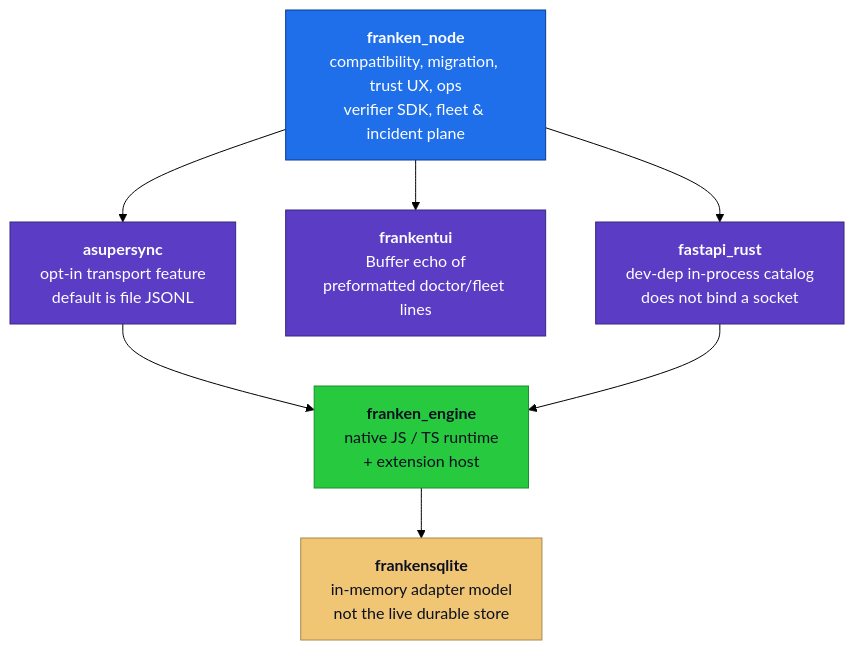
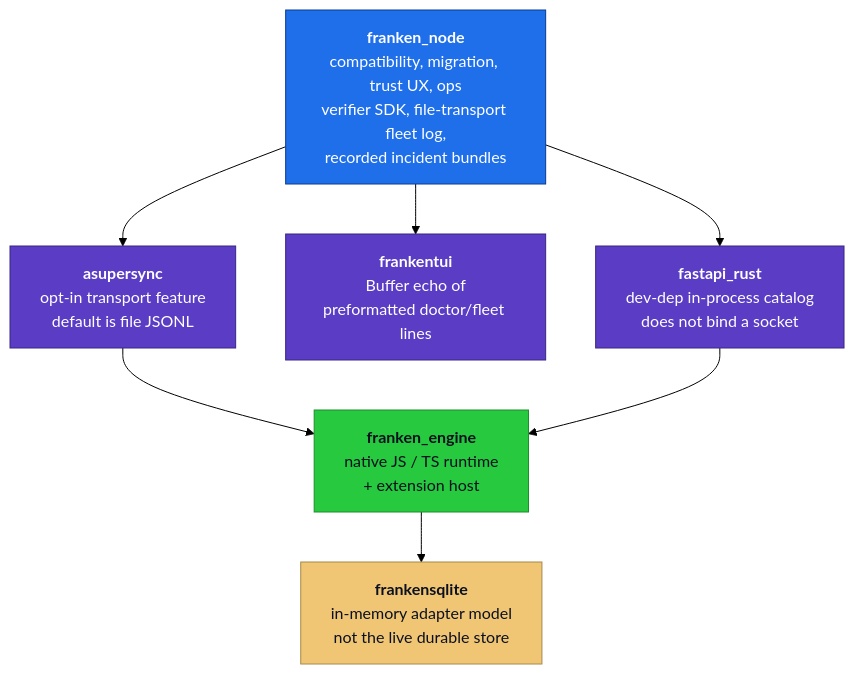
One commit to Dicklesworthstone/franken_node changed the first of 4 diagrams in README.md. Above: the diagram before and after it, drawn with Mermaid (forest theme). The commit also changed other lines of this file and 8 other files, not shown here.

````diff
--- a/README.md
+++ b/README.md
@@ -1031,25 +1039,25 @@
 ```mermaid
 flowchart TB
-    fn["<b>franken_node</b><br/>compatibility, migration, trust UX, ops<br/>verifier SDK, fleet &amp; incident plane"]
+    fn["<b>franken_node</b><br/>compatibility, migration, trust UX, ops<br/>verifier SDK, file-transport fleet log,<br/>recorded incident bundles"]
     asu["<b>asupersync</b><br/>opt-in transport feature<br/>default is file JSONL"]
     ftui["<b>frankentui</b><br/>Buffer echo of<br/>preformatted doctor/fleet lines"]
     fapi["<b>fastapi_rust</b><br/>dev-dep in-process catalog<br/>does not bind a socket"]
     feng["<b>franken_engine</b><br/>native JS / TS runtime<br/>+ extension host"]
     fsql["<b>frankensqlite</b><br/>in-memory adapter model<br/>not the live durable store"]
 
     fn --> asu
     fn --> ftui
     fn --> fapi
     asu --> feng
     fapi --> feng
     feng --> fsql
 
     classDef product fill:#1f6feb,color:#fff,stroke:#0a3b91,stroke-width:1px;
     classDef plane fill:#5b3cc4,color:#fff,stroke:#3a2780,stroke-width:1px;
     classDef substrate fill:#27c93f,color:#0b1020,stroke:#1d8e2c,stroke-width:1px;
     classDef store fill:#f0c674,color:#0b1020,stroke:#a8884c,stroke-width:1px;
     class fn product;
     class asu,ftui,fapi plane;
     class feng substrate;
     class fsql store;
 ```
````
